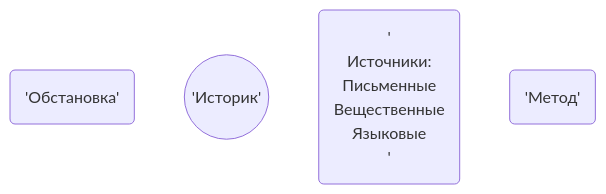
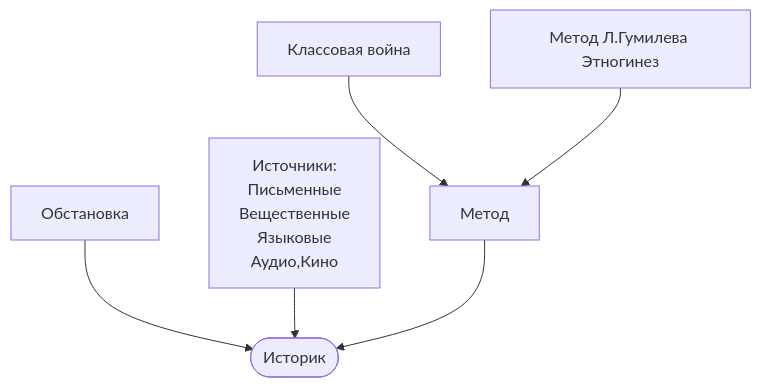
Before and after one commit to wesdyqq/study-sync: the diagram in Учеба КНИТУ/История России/Конспекты лекций/История России 25.09.26.md, drawn with Mermaid. The commit also changed other lines of this file and 1 other file, not shown here.

Commit message:
bvab8 2026-9-25:9:4:28

````diff
--- a/Учеба КНИТУ/История России/Конспекты лекций/История России 25.09.26.md
+++ b/Учеба КНИТУ/История России/Конспекты лекций/История России 25.09.26.md
@@ -19,13 +19,17 @@
 ```mermaid
-graph TD
-A('Обстановка')
-B(('Историк'))
-C('
-Источники:
+flowchart TD
+A --> B
+C & D --> B
+D1 & D2 --> D
+A[Обстановка]
+B([Историк])
+C[Источники:
 Письменные
 Вещественные
 Языковые
-')
-D('Метод')
+Аудио,Кино]
+D[Метод]
+D1[Классовая война]
+D2[Метод Л.Гумилева Этногинез]
 
 ```
````
